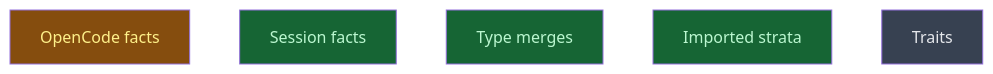
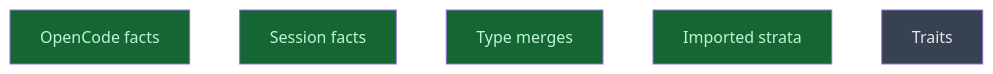
One commit to CrackingShells/Candler changed the diagram in __roadmap__/m4-session-runner/README.md. Above: the diagram before and after it, drawn with Mermaid. The commit also changed other lines of this file, not shown here.

Commit message:
rdm(adapter-opencode): mark opencode_facts done

````diff
--- a/__roadmap__/m4-session-runner/README.md
+++ b/__roadmap__/m4-session-runner/README.md
@@ -108,13 +108,13 @@
 ```mermaid
 graph TD
-    opencode_facts[OpenCode facts]:::inprogress
+    opencode_facts[OpenCode facts]:::done
     session_facts[Session facts]:::done
     type_merges[Type merges]:::done
     imported_strata[Imported strata]:::done
     traits[Traits]:::planned
     classDef done       fill:#166534,color:#bbf7d0
     classDef inprogress fill:#854d0e,color:#fef08a
     classDef planned    fill:#374151,color:#e5e7eb
     classDef amendment  fill:#1e3a5f,color:#bfdbfe
     classDef blocked    fill:#7f1d1d,color:#fecaca
 ```
````
